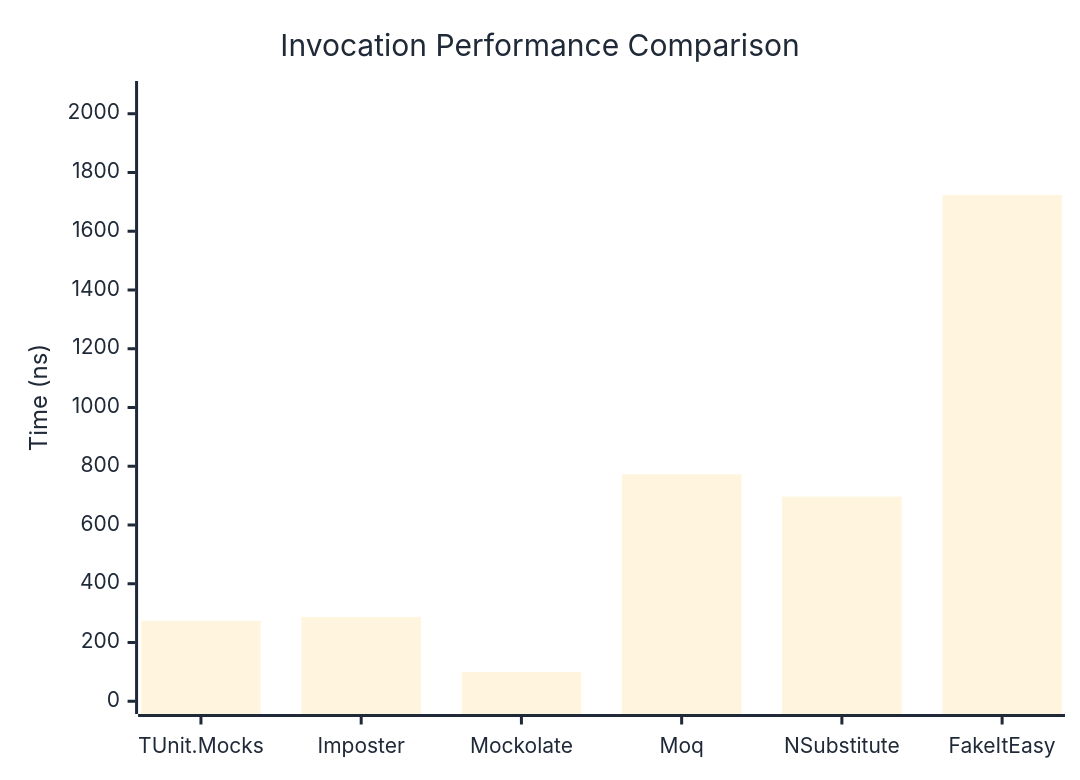
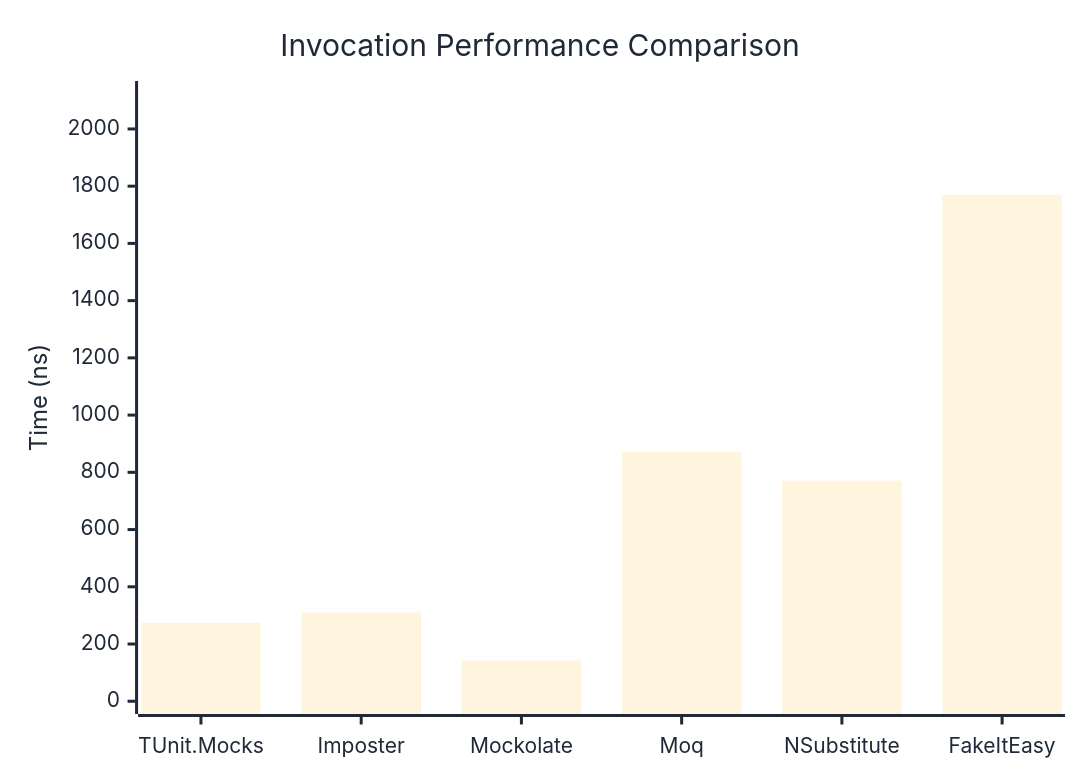
One commit to thomhurst/TUnit changed the first of 3 diagrams in docs/docs/benchmarks/mocks/Invocation.md. Above: the diagram before and after it, drawn with Mermaid. The commit also changed other lines of this file and 14 other files, not shown here.

````diff
--- a/docs/docs/benchmarks/mocks/Invocation.md
+++ b/docs/docs/benchmarks/mocks/Invocation.md
@@ -30,27 +30,27 @@
 ```mermaid
 %%{init: {
   'theme':'base',
   'themeVariables': {
     'primaryColor': '#2563eb',
     'primaryTextColor': '#1f2937',
     'primaryBorderColor': '#1e40af',
     'lineColor': '#6b7280',
     'secondaryColor': '#7c3aed',
     'tertiaryColor': '#dc2626',
     'background': '#ffffff',
     'pie1': '#2563eb',
     'pie2': '#7c3aed',
     'pie3': '#dc2626',
     'pie4': '#f59e0b',
     'pie5': '#10b981',
     'pie6': '#06b6d4',
     'pie7': '#ec4899',
     'pie8': '#6366f1'
   }
 }}%%
 xychart-beta
   title "Invocation Performance Comparison"
   x-axis ["TUnit.Mocks", "Imposter", "Mockolate", "Moq", "NSubstitute", "FakeItEasy"]
-  y-axis "Time (ns)" 0 --> 2068
-  bar [273.58, 286.95, 99.59, 772.44, 696.61, 1723.05]
+  y-axis "Time (ns)" 0 --> 2123
+  bar [274.2, 309.9, 142.4, 870.9, 770.7, 1769.1]
 ```
````
